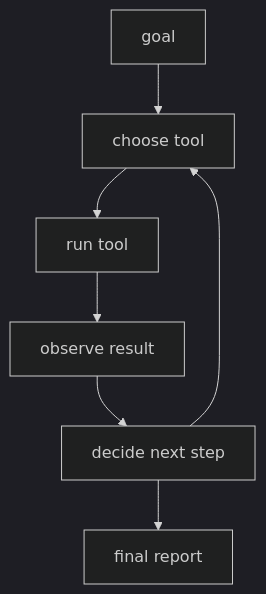
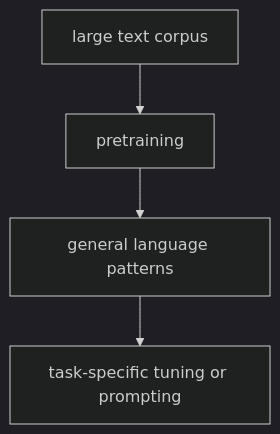
Before and after one commit to devchan64/AiBook: the first of 2 diagrams in docs/parts/part-06/chapter-06/section-01.md, drawn with Mermaid (dark theme). The commit also changed other lines of this file and 213 other files, not shown here.

````diff
--- a/docs/parts/part-06/chapter-06/section-01.md
+++ b/docs/parts/part-06/chapter-06/section-01.md
@@ -71,13 +174,11 @@
 ```mermaid
 flowchart TD
-  A["goal"]
-  B["choose tool"]
-  C["run tool"]
-  D["observe result"]
-  E["decide next step"]
-  F["final report"]
+  A["large text corpus"]
+  B["pretraining"]
+  C["general language patterns"]
+  D["task-specific tuning or prompting"]
 
-  A --> B --> C --> D --> E
-  E --> B
-  E --> F
+  A --> B
+  B --> C
+  C --> D
 ```
````
